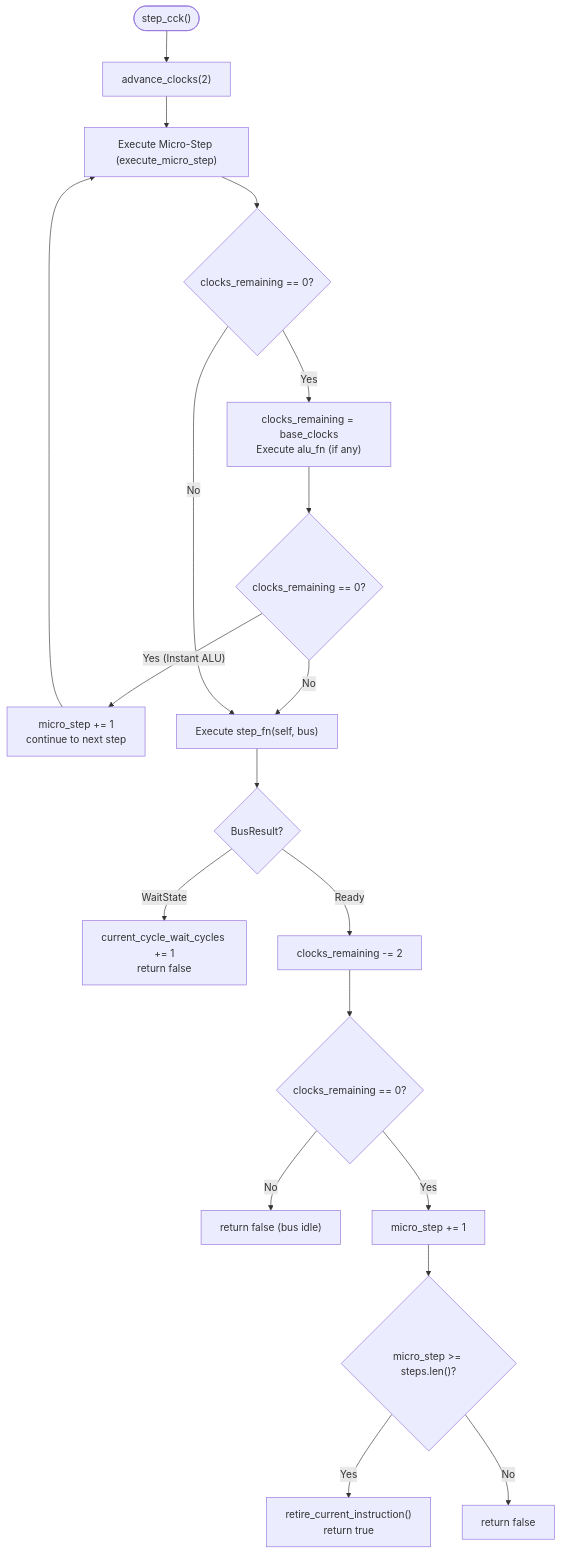
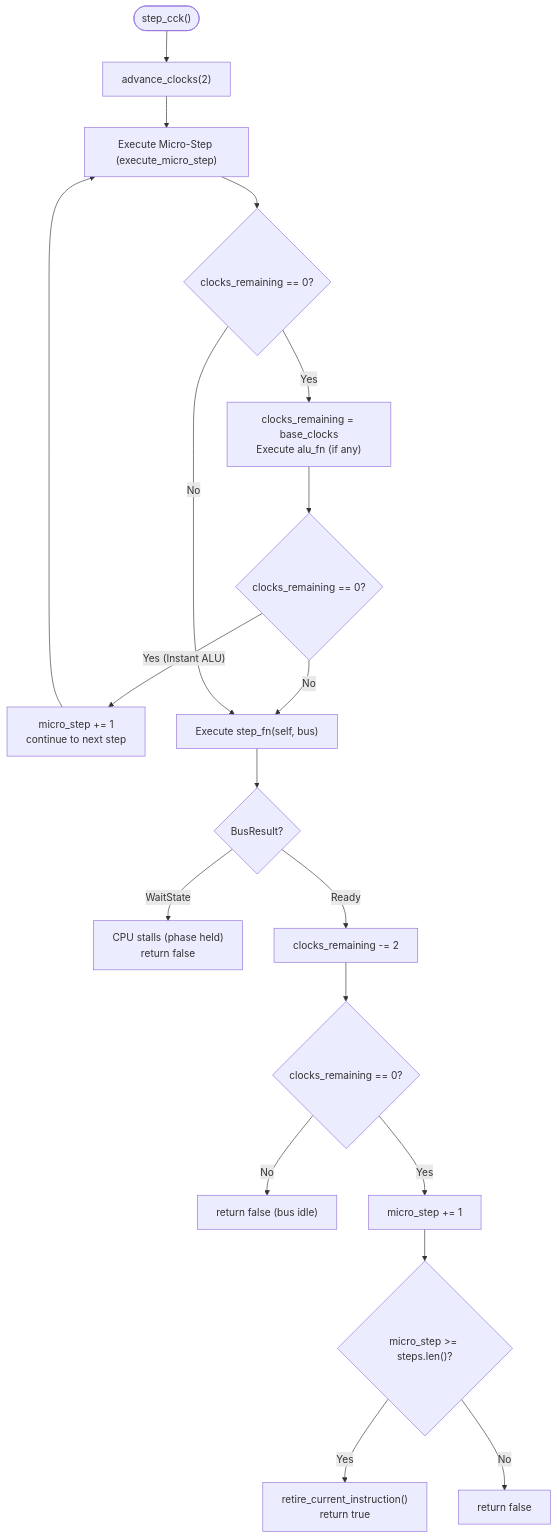
The fourth of 4 diagrams in Obsidian/Amiga/Design/CPU Micro-Step State Machine.md (tomek-anuszkiewicz/amiga-studio), drawn with Mermaid before and after one commit. The commit also changed other lines of this file and 11 other files, not shown here.

````diff
--- a/Obsidian/Amiga/Design/CPU Micro-Step State Machine.md
+++ b/Obsidian/Amiga/Design/CPU Micro-Step State Machine.md
@@ -538,23 +537,23 @@
 ```mermaid
 flowchart TD
     Start(["step_cck()"]) --> Adv["advance_clocks(2)"]
     Adv --> CheckSeq["Execute Micro-Step (execute_micro_step)"]
     
     CheckSeq --> InitCheck{"clocks_remaining == 0?"}
     InitCheck -- Yes --> Init["clocks_remaining = base_clocks<br/>Execute alu_fn (if any)"] --> InstCheck{"clocks_remaining == 0?"}
     InstCheck -- Yes (Instant ALU) --> InstExec["micro_step += 1<br/>continue to next step"] --> CheckSeq
     InstCheck -- No --> ExecStep["Execute step_fn(self, bus)"]
     InitCheck -- No --> ExecStep
     
     ExecStep --> BusRes{"BusResult?"}
-    BusRes -- WaitState --> Stall["current_cycle_wait_cycles += 1<br/>return false"]
+    BusRes -- WaitState --> Stall["CPU stalls (phase held)<br/>return false"]
     BusRes -- Ready --> Dec["clocks_remaining -= 2"]
     
     Dec --> DoneCheck{"clocks_remaining == 0?"}
     DoneCheck -- No --> Hold["return false (bus idle)"]
     DoneCheck -- Yes --> Next["micro_step += 1"]
     
     Next --> RetCheck{"micro_step >= steps.len()?"}
     RetCheck -- Yes --> Retire["retire_current_instruction()<br/>return true"]
     RetCheck -- No --> RetFalse["return false"]
 ```
````
